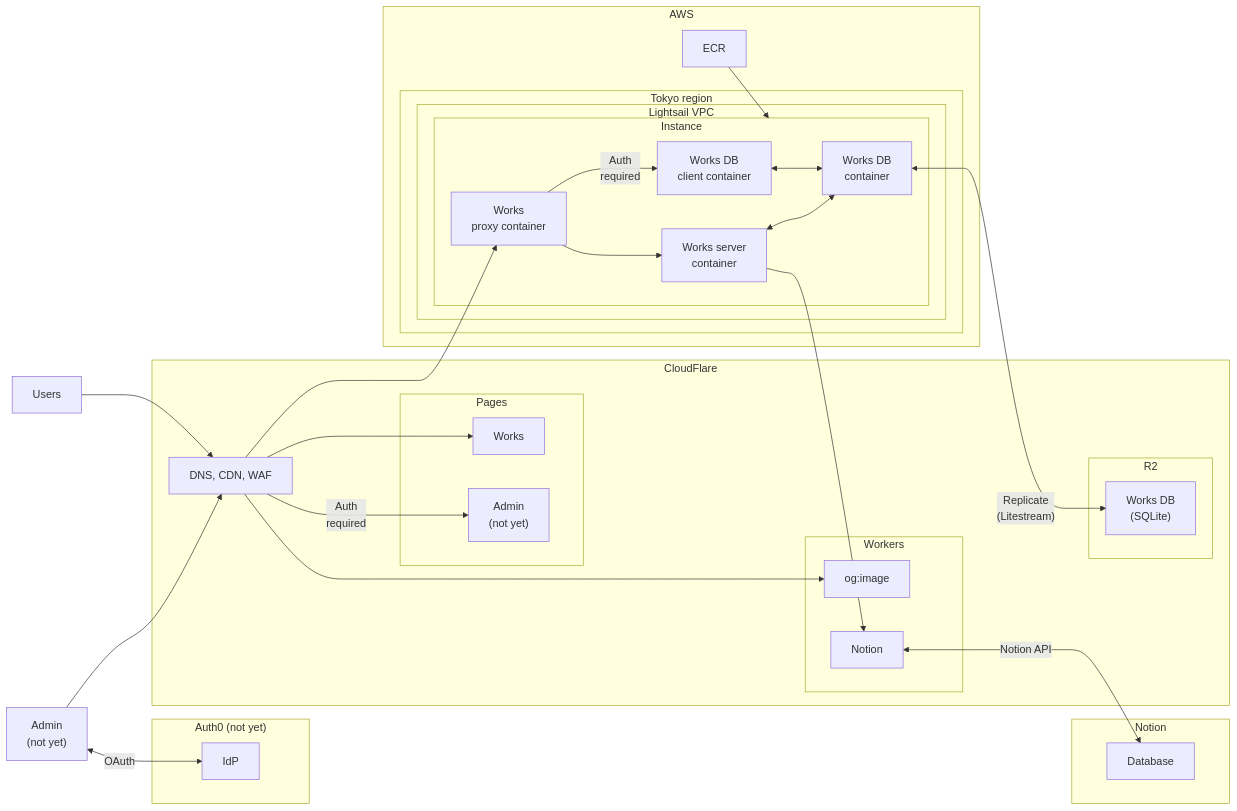
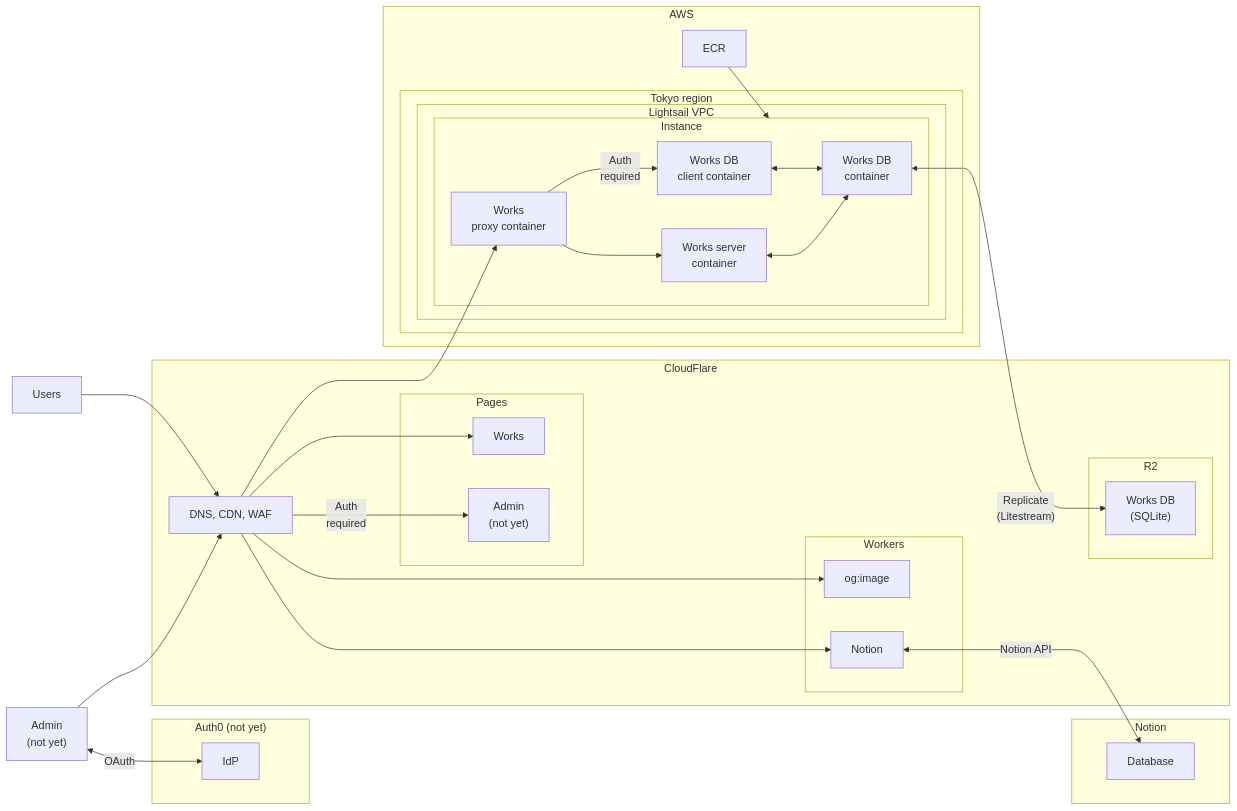
Before and after one commit to ichi-h/portfolio: the diagram in README.md, drawn with Mermaid.

````diff
--- a/README.md
+++ b/README.md
@@ -8,53 +8,53 @@
 ```mermaid
 graph LR
     Admin["Admin\n(not yet)"]
     Users[Users]
     Admin --> DNS
     Users --> DNS
     Admin <-- "OAuth" --> IdP
     subgraph "Auth0 (not yet)"
         IdP
     end
     subgraph "Notion"
         NotionDB["Database"]
     end
     subgraph "CloudFlare"
         DNS[DNS, CDN, WAF]
-        DNS ---> OG
+        DNS --> OG
         DNS --> WorksClient
         DNS -- "Auth\nrequired" --> AdminClient
+        DNS ----> NotionServer
         subgraph "Workers"
             NotionServer["Notion"]
             OG[og:image]
             NotionServer <-- "Notion API" --> NotionDB
 
         end
         subgraph "Pages"
             WorksClient[Works]
             AdminClient["Admin\n(not yet)"]
         end
         subgraph "R2"
             WorksServerDB["Works DB\n(SQLite)"]
         end
     end
     subgraph "AWS"
         ECR --> Instance
         subgraph "Tokyo region"
             subgraph "Lightsail VPC"
                 subgraph "Instance"
                     WorksDB[Works DB\ncontainer]
                     WorksProxy[Works\nproxy container]
                     WorksDBClient[Works DB\nclient container]
                     WorksServer[Works server\ncontainer]
                     WorksProxy --> WorksServer
                     WorksProxy -- "Auth\nrequired" --> WorksDBClient
                     DNS --> WorksProxy
                     WorksDB <-- "Replicate\n(Litestream)" --> WorksServerDB
                     WorksServer <--> WorksDB
                     WorksDBClient <--> WorksDB
                 end
-                WorksServer --> NotionServer
             end
         end
     end
 ```
````
